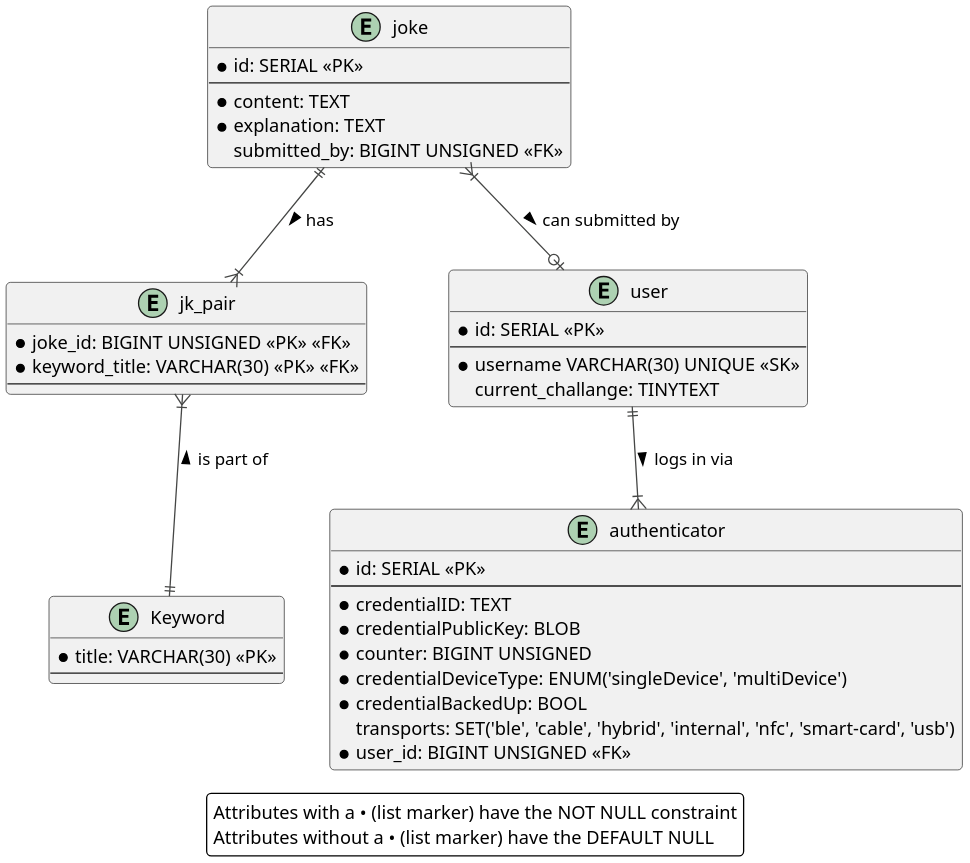
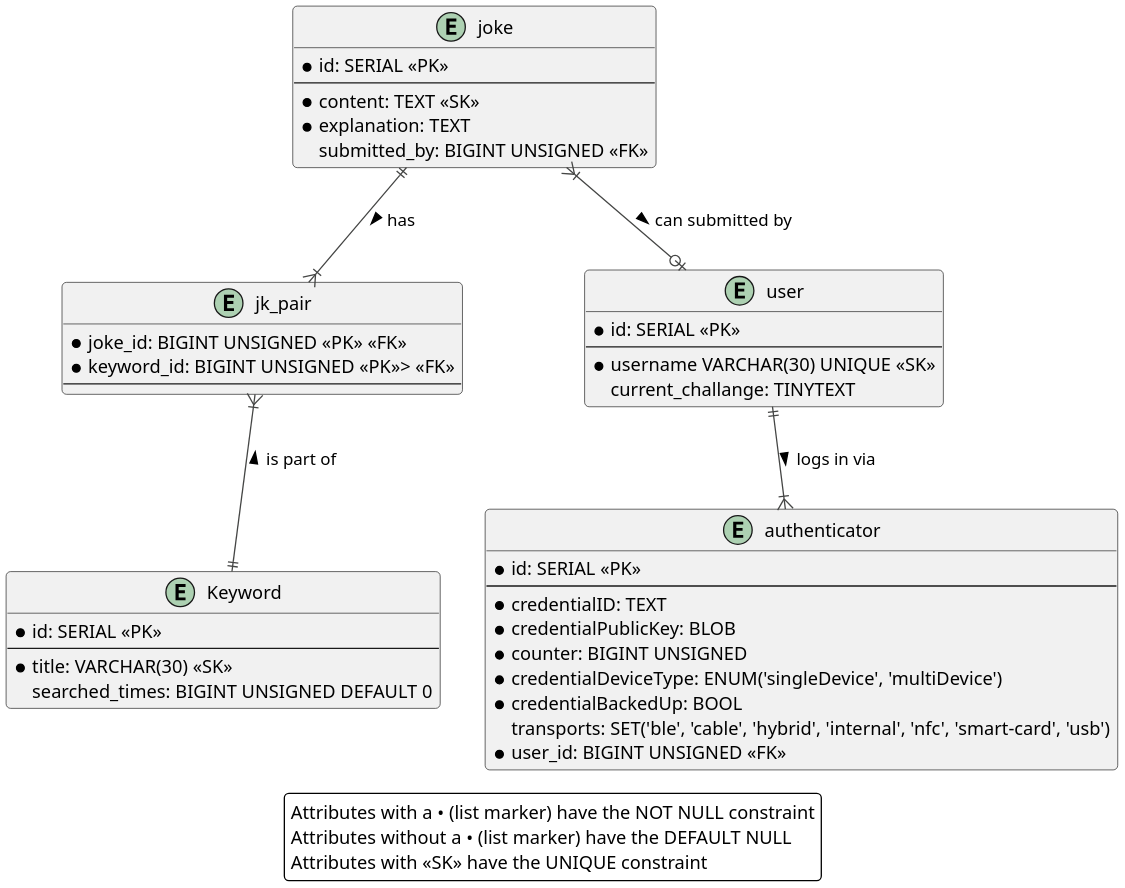
The second of 2 diagrams in database/database_model.md (SturmDerLiebe/bavarian_joke_generator), drawn with PlantUML before and after one commit. The commit also changed other lines of this file and 2 other files, not shown here.

```diff
--- a/database/database_model.md
+++ b/database/database_model.md
@@ -36,54 +45,58 @@
 @startuml
 'skinparam linetype ortho
 scale 2
 !theme vibrant
 
 entity joke {
     * id: SERIAL <<PK>>
     --
-    * content: TEXT
+    * content: TEXT <<SK>>
     * explanation: TEXT
     submitted_by: BIGINT UNSIGNED <<FK>>
 }
 
 entity jk_pair {
     * joke_id: BIGINT UNSIGNED <<PK>> <<FK>>
-    * keyword_title: VARCHAR(30) <<PK>> <<FK>>
+    * keyword_id: BIGINT UNSIGNED <<PK>>> <<FK>>
     --
 }
 
 entity Keyword  {
-    * title: VARCHAR(30) <<PK>>
+    ' use id instead of title as PK for performance and easier editing of keywords
+    * id: SERIAL <<PK>>
     --
+    * title: VARCHAR(30) <<SK>>
+    searched_times: BIGINT UNSIGNED DEFAULT 0
 }
 
 entity user {
     ' The extra id is necessary for using simplewebauthn:
     * id: SERIAL <<PK>>
     --
     * username VARCHAR(30) UNIQUE <<SK>>
     current_challange: TINYTEXT
 }
 
 entity authenticator {
     * id: SERIAL <<PK>>
     --
     * credentialID: TEXT
     * credentialPublicKey: BLOB
     * counter: BIGINT UNSIGNED
     * credentialDeviceType: ENUM('singleDevice', 'multiDevice')
     * credentialBackedUp: BOOL
     transports: SET('ble', 'cable', 'hybrid', 'internal', 'nfc', 'smart-card', 'usb')
     * user_id: BIGINT UNSIGNED <<FK>>
 }
 
 joke ||--|{ jk_pair : has >
 jk_pair }|--|| Keyword : is part of <
 joke }|--o| user : can submitted by >
 user ||--|{ authenticator : logs in via > 
 
 legend
     Attributes with a • (list marker) have the NOT NULL constraint
     Attributes without a • (list marker) have the DEFAULT NULL
+    Attributes with <<SK>> have the UNIQUE constraint
 endlegend
 @enduml
```
